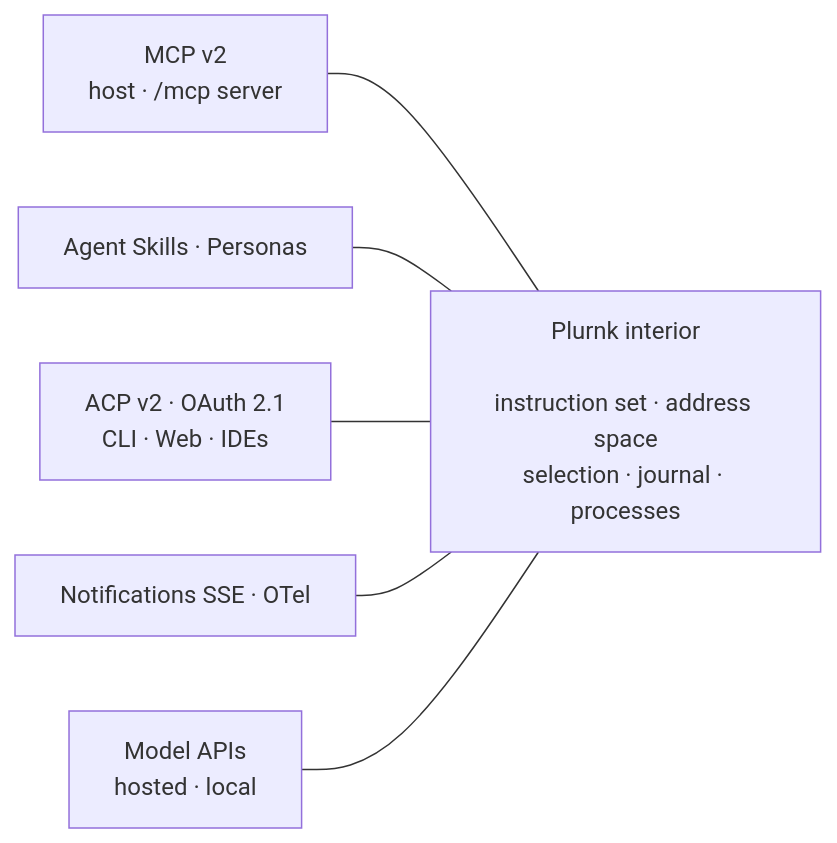
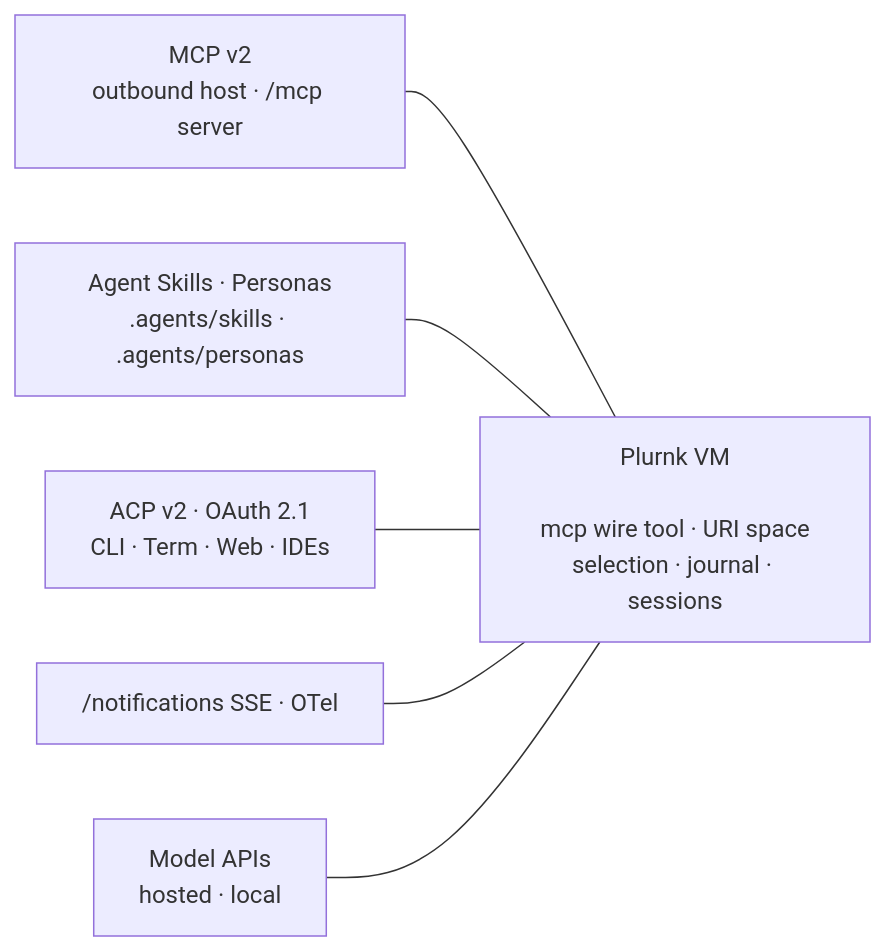
The diagram in MANIFESTO.md (plurnk/plurnk-service), drawn with Mermaid before and after one commit. The commit also changed other lines of this file and 4 other files, not shown here.

Commit message:
docs: clarify, simplify, and prune manifesto, architecture, and contract docs (#1531)

````diff
--- a/MANIFESTO.md
+++ b/MANIFESTO.md
@@ -334,9 +134,9 @@
 ```mermaid
 flowchart LR
-    MCP["MCP v2<br/>host · /mcp server"] --- core
-    SKILLS["Agent Skills · Personas"] --- core
-    ACP["ACP v2 · OAuth 2.1<br/>CLI · Web · IDEs"] --- core
-    OTEL["Notifications SSE · OTel"] --- core
+    MCP["MCP v2<br/>outbound host · /mcp server"] --- core
+    SKILLS["Agent Skills · Personas<br/>.agents/skills · .agents/personas"] --- core
+    ACP["ACP v2 · OAuth 2.1<br/>CLI · Term · Web · IDEs"] --- core
+    OTEL["/notifications SSE · OTel"] --- core
     MODELS["Model APIs<br/>hosted · local"] --- core
-    core["Plurnk interior<br/><br/>instruction set · address space<br/>selection · journal · processes"]
+    core["Plurnk VM<br/><br/>mcp wire tool · URI space<br/>selection · journal · sessions"]
 ```
````
